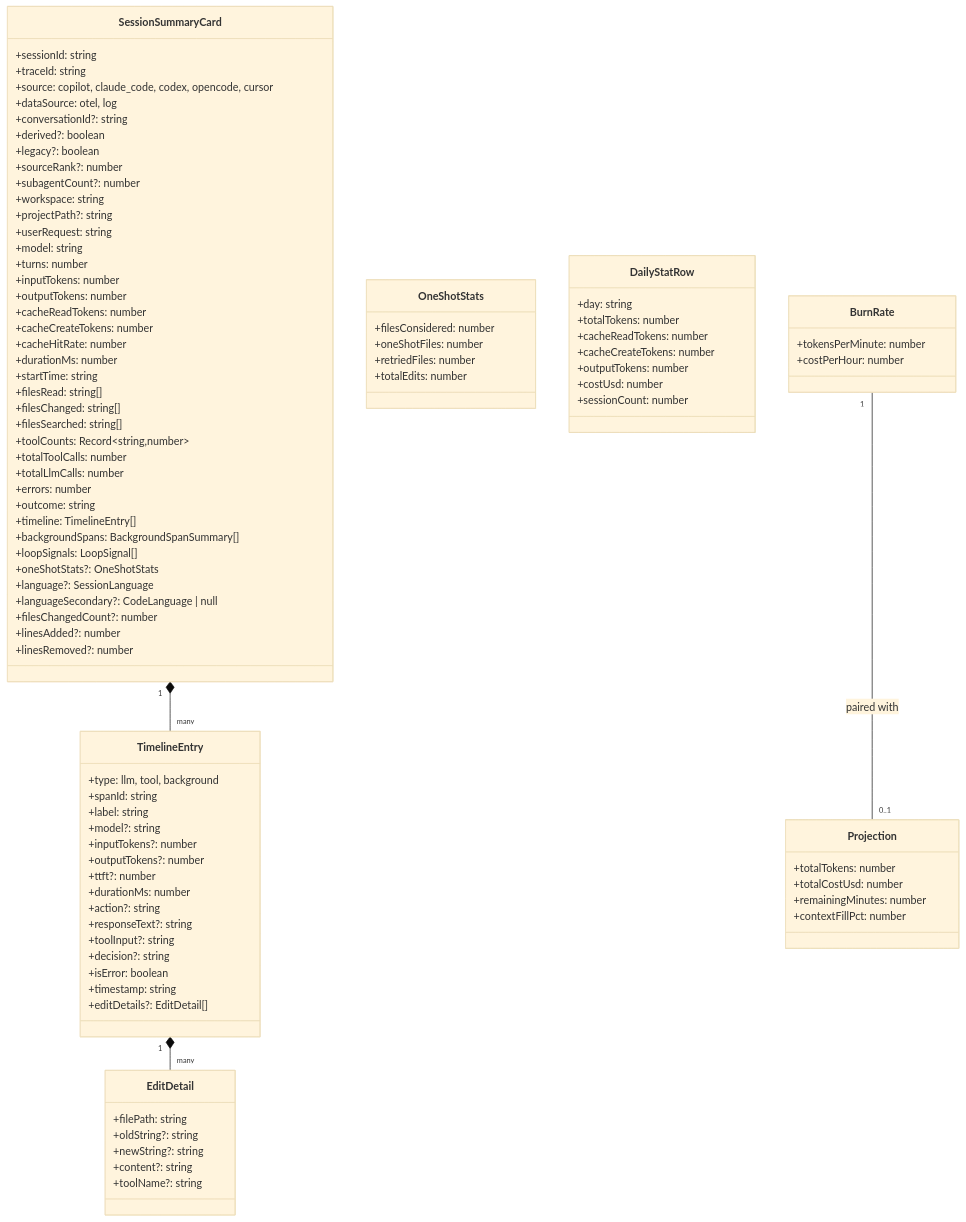
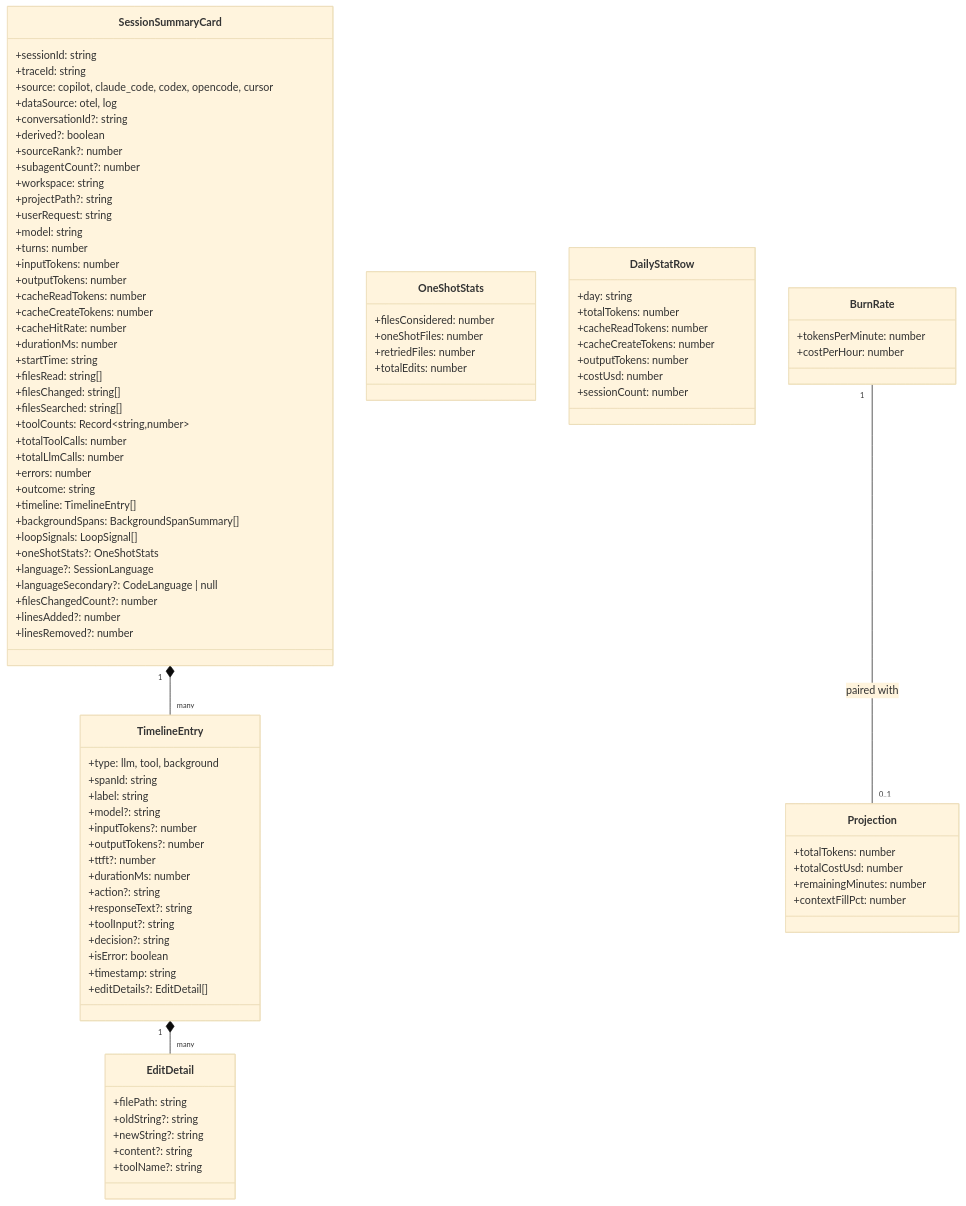
Diagram 12 of 20 in ARCHITECTURE.md (traceroost/core), drawn with Mermaid (base theme) before and after one commit. The commit also changed other lines of this file and 35 other files, not shown here.

```diff
--- a/ARCHITECTURE.md
+++ b/ARCHITECTURE.md
@@ -680,7 +679,6 @@
         +dataSource: otel, log
         +conversationId?: string
         +derived?: boolean
-        +legacy?: boolean
         +sourceRank?: number
         +subagentCount?: number
         +workspace: string
```
